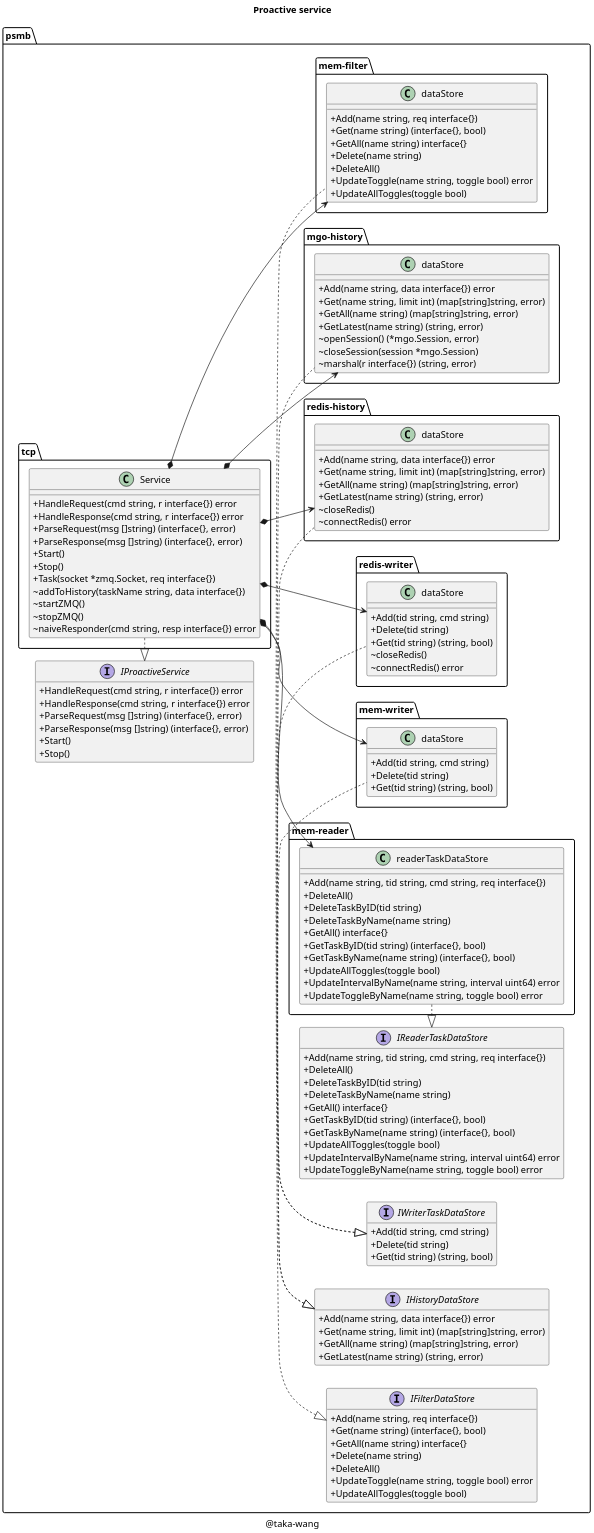
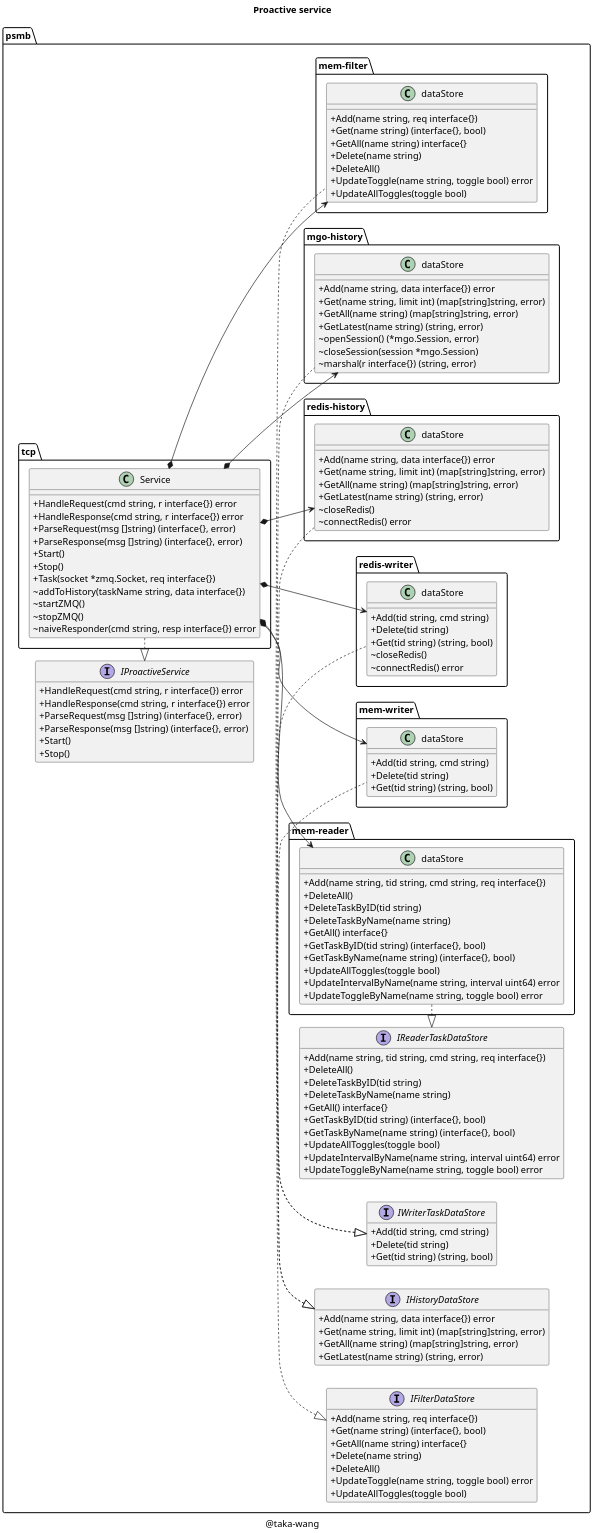
The diagram in class/psmb.puml (taka-wang/puml), drawn with PlantUML before and after one commit. The commit also changed 1 other file, not shown here.

Commit message:
update uml

```diff
--- a/class/psmb.puml
+++ b/class/psmb.puml
@@ -1,155 +1,155 @@
 @startuml
 
 set namespaceSeparator /
 scale 1920 width
 
 title Proactive service
 
 skinparam classAttributeIconSize 0
 
 ' implemented
-"psmb/IReaderTaskDataStore" <|. "psmb/mem-reader/readerTaskDataStore"
+"psmb/IReaderTaskDataStore" <|. "psmb/mem-reader/dataStore"
 "psmb/IWriterTaskDataStore" <|. "psmb/mem-writer/dataStore"
 "psmb/IWriterTaskDataStore" <|. "psmb/redis-writer/dataStore"
 "psmb/IHistoryDataStore" <|. "psmb/redis-history/dataStore"
 "psmb/IHistoryDataStore" <|. "psmb/mgo-history/dataStore"
 "psmb/IProactiveService" <|. "psmb/tcp/Service"
 "psmb/IFilterDataStore" <|. "psmb/mem-filter/dataStore"
 
 ' composition
 "psmb/tcp/Service"  *-->  "psmb/mem-writer/dataStore"
 "psmb/tcp/Service"  *-->  "psmb/redis-writer/dataStore"
 "psmb/tcp/Service"  *-->  "psmb/redis-history/dataStore"
 "psmb/tcp/Service"  *-->  "psmb/mgo-history/dataStore"
-"psmb/tcp/Service"  *-->  "psmb/mem-reader/readerTaskDataStore"
+"psmb/tcp/Service"  *-->  "psmb/mem-reader/dataStore"
 "psmb/tcp/Service"  *-->  "psmb/mem-filter/dataStore"
 
 class psmb/redis-writer/dataStore {
     +Add(tid string, cmd string)
     +Delete(tid string)
     +Get(tid string) (string, bool)
     ~closeRedis()
     ~connectRedis() error
 }
 
 class psmb/mem-writer/dataStore {
     +Add(tid string, cmd string)
     +Delete(tid string)
     +Get(tid string) (string, bool)
 }
 
-class psmb/mem-reader/readerTaskDataStore {
+class psmb/mem-reader/dataStore {
     +Add(name string, tid string, cmd string, req interface{})
     +DeleteAll()
     +DeleteTaskByID(tid string)
     +DeleteTaskByName(name string)
     +GetAll() interface{}
     +GetTaskByID(tid string) (interface{}, bool)
     +GetTaskByName(name string) (interface{}, bool)
     +UpdateAllToggles(toggle bool)
     +UpdateIntervalByName(name string, interval uint64) error
     +UpdateToggleByName(name string, toggle bool) error
 }
 
 class psmb/redis-history/dataStore {
     +Add(name string, data interface{}) error
     +Get(name string, limit int) (map[string]string, error)
     +GetAll(name string) (map[string]string, error)
     +GetLatest(name string) (string, error)
     ~closeRedis()
     ~connectRedis() error
 }
 
 class psmb/mgo-history/dataStore {
     +Add(name string, data interface{}) error
     +Get(name string, limit int) (map[string]string, error)
     +GetAll(name string) (map[string]string, error)
     +GetLatest(name string) (string, error)
     ~openSession() (*mgo.Session, error)
     ~closeSession(session *mgo.Session)
     ~marshal(r interface{}) (string, error)
 }
 
 class psmb/tcp/Service {
     +HandleRequest(cmd string, r interface{}) error
     +HandleResponse(cmd string, r interface{}) error
     +ParseRequest(msg []string) (interface{}, error)
     +ParseResponse(msg []string) (interface{}, error)
     +Start()
     +Stop()
     +Task(socket *zmq.Socket, req interface{})
     ~addToHistory(taskName string, data interface{})
     ~startZMQ()
     ~stopZMQ()
     ~naiveResponder(cmd string, resp interface{}) error
 }
 
 class psmb/mem-filter/dataStore {
 	+Add(name string, req interface{})
 	+Get(name string) (interface{}, bool)
 	+GetAll(name string) interface{}
 	+Delete(name string)
 	+DeleteAll()
 	+UpdateToggle(name string, toggle bool) error
 	+UpdateAllToggles(toggle bool)
 }
 
 interface psmb/IHistoryDataStore {
     +Add(name string, data interface{}) error
     +Get(name string, limit int) (map[string]string, error)
     +GetAll(name string) (map[string]string, error)
     +GetLatest(name string) (string, error)
 }
 
 interface psmb/IReaderTaskDataStore {
     +Add(name string, tid string, cmd string, req interface{})
     +DeleteAll()
     +DeleteTaskByID(tid string)
     +DeleteTaskByName(name string)
     +GetAll() interface{}
     +GetTaskByID(tid string) (interface{}, bool)
     +GetTaskByName(name string) (interface{}, bool)
     +UpdateAllToggles(toggle bool)
     +UpdateIntervalByName(name string, interval uint64) error
     +UpdateToggleByName(name string, toggle bool) error
 }
 
 interface psmb/IFilterDataStore {
 	+Add(name string, req interface{})
 	+Get(name string) (interface{}, bool)
 	+GetAll(name string) interface{}
 	+Delete(name string)
 	+DeleteAll()
 	+UpdateToggle(name string, toggle bool) error
 	+UpdateAllToggles(toggle bool)
 }
 
 interface psmb/IWriterTaskDataStore {
     +Add(tid string, cmd string)
     +Delete(tid string)
     +Get(tid string) (string, bool)
 }
 
 interface psmb/IProactiveService {
     +HandleRequest(cmd string, r interface{}) error
     +HandleResponse(cmd string, r interface{}) error
     +ParseRequest(msg []string) (interface{}, error)
     +ParseResponse(msg []string) (interface{}, error)
     +Start()
     +Stop()
 }
 
 /'
 note top of psmb/IProactiveService : Proactive service contracts
 note top of psmb/IWriterTaskDataStore : Writer datastore contracts
 note top of psmb/IReaderTaskDataStore : Reader datastore contracts
 note top of psmb/IHistoryDataStore : Historian datastore contracts
 '/
 
 left to right direction
 
 caption @taka-wang
 
 hide interface fields
 
 @enduml
```
